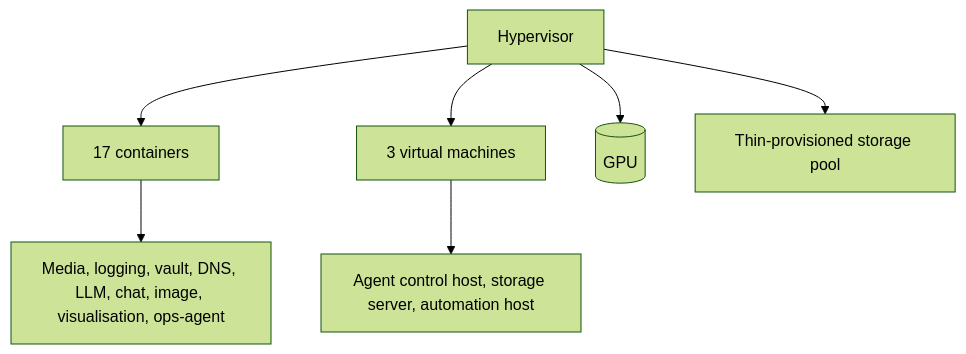
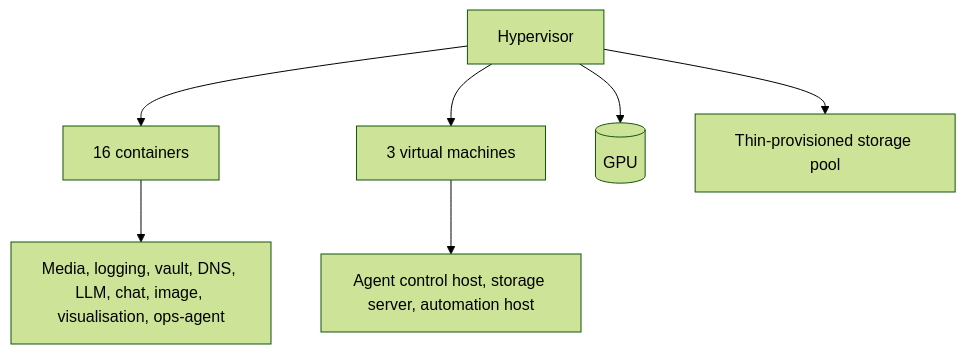
One commit to steveromine/lab-handbook changed the first of 4 diagrams in docs/architecture.md. Above: the diagram before and after it, drawn with Mermaid (forest theme). The commit also changed 56 other files, not shown here.

Commit message:
Restore dark default, render readable diagrams, and add Governance section

````diff
--- a/docs/architecture.md
+++ b/docs/architecture.md
@@ -12,9 +12,9 @@
 ```mermaid
 flowchart TB
-    HV[Hypervisor] --> LXC[17 containers]
+    HV[Hypervisor] --> LXC[16 containers]
     HV --> VM[3 virtual machines]
     HV --> GPU[(GPU)]
     HV --> POOL[Thin-provisioned storage pool]
     LXC --> ROLES1[Media, logging, vault, DNS, LLM, chat, image, visualisation, ops-agent]
     VM --> ROLES2[Agent control host, storage server, automation host]
 ```
````
